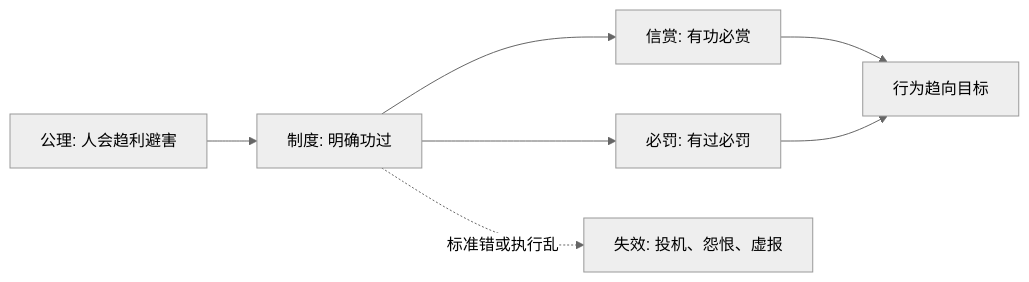
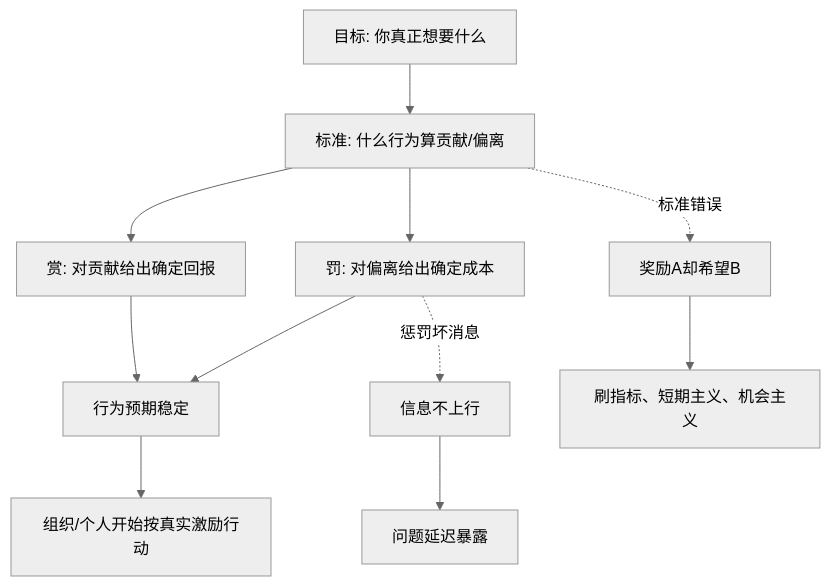
One commit to digoal/blog changed the diagram in 202605/20260518_07.md. Above: the diagram before and after it, drawn with Mermaid (neutral theme). The commit also changed other lines of this file and 14 other files, not shown here.

````diff
--- a/202605/20260518_07.md
+++ b/202605/20260518_07.md
@@ -22,9 +24,13 @@
 ```mermaid
-flowchart LR
-  A["公理: 人会趋利避害"] --> B["制度: 明确功过"]
-  B --> C["信赏: 有功必赏"]
-  B --> D["必罚: 有过必罚"]
-  C --> E["行为趋向目标"]
+flowchart TB
+  A["目标: 你真正想要什么"] --> B["标准: 什么行为算贡献/偏离"]
+  B --> C["赏: 对贡献给出确定回报"]
+  B --> D["罚: 对偏离给出确定成本"]
+  C --> E["行为预期稳定"]
   D --> E
-  B -. "标准错或执行乱" .-> F["失效: 投机、怨恨、虚报"]
+  E --> F["组织/个人开始按真实激励行动"]
+  B -. "标准错误" .-> G["奖励A却希望B"]
+  G --> H["刷指标、短期主义、机会主义"]
+  D -. "惩罚坏消息" .-> I["信息不上行"]
+  I --> J["问题延迟暴露"]
 ```
````
